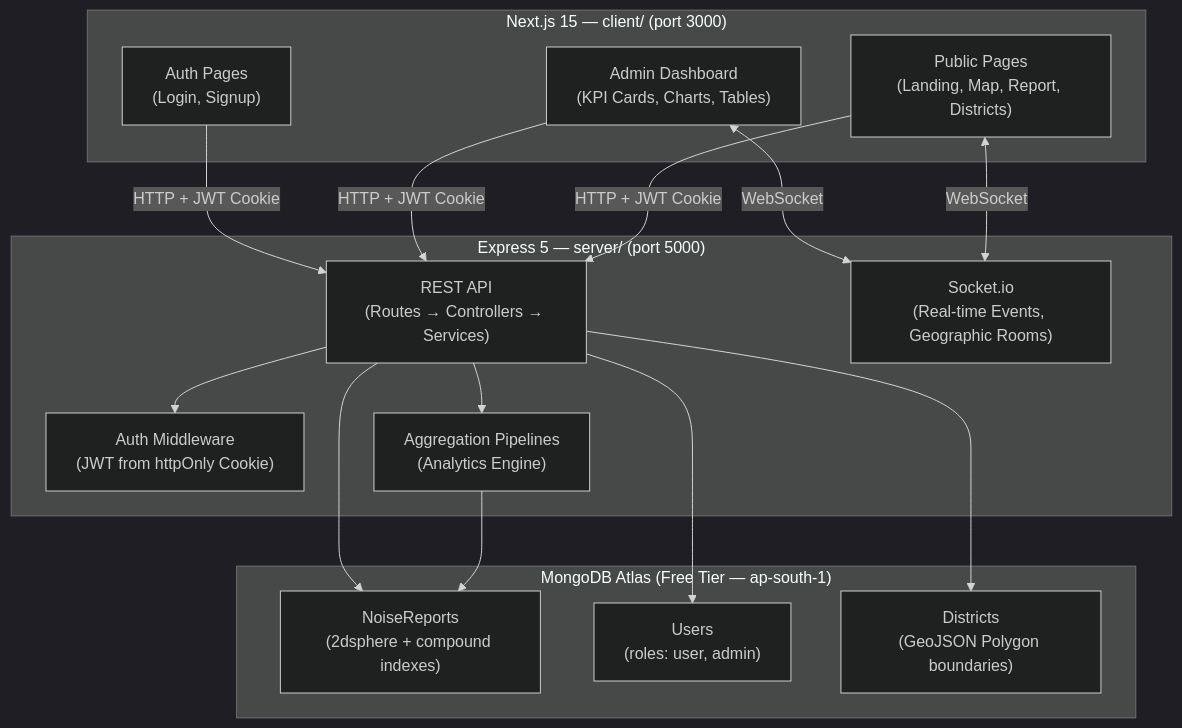
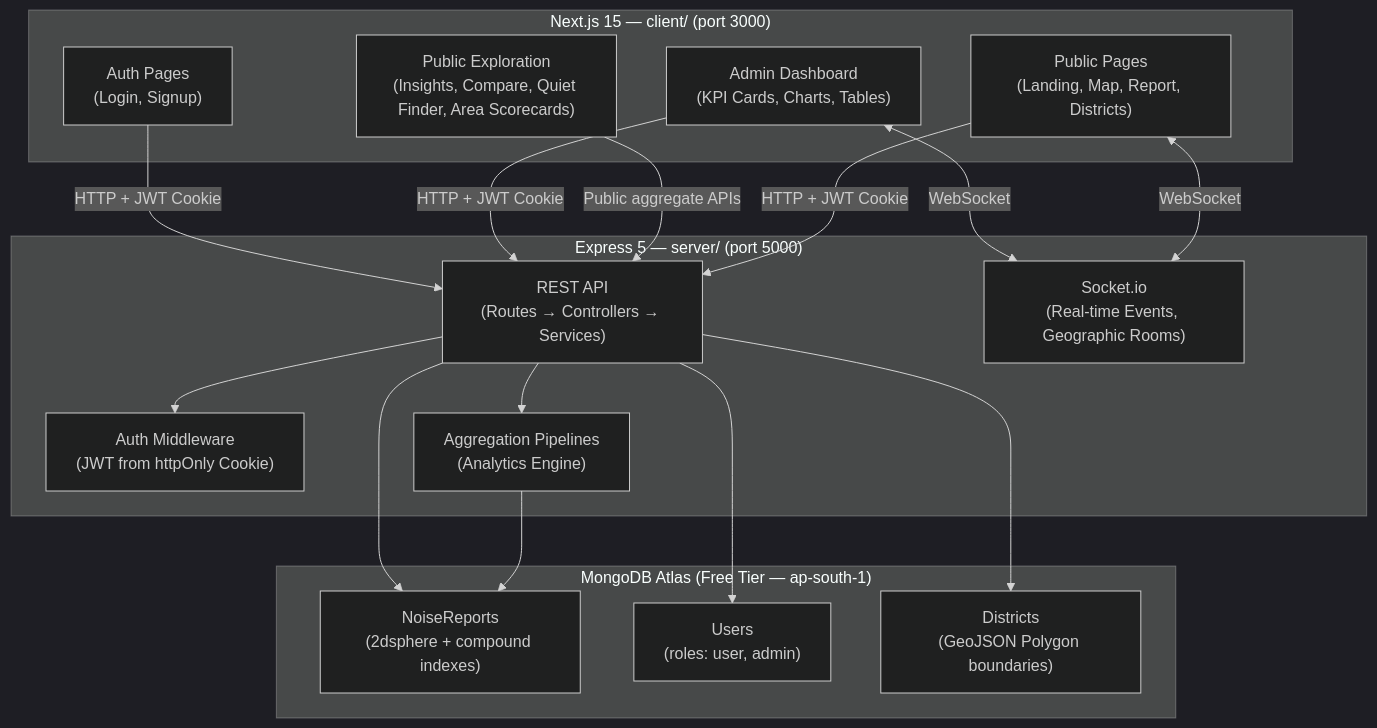
The diagram in docs/plans/implementation_plan.md (Haseeb-Akram928/shor-lahore), drawn with Mermaid (dark theme) before and after one commit. The commit also changed other lines of this file and 26 other files, not shown here.

Commit message:
Add public exploration features

````diff
--- a/docs/plans/implementation_plan.md
+++ b/docs/plans/implementation_plan.md
@@ -117,33 +117,35 @@
 ```mermaid
 graph TB
     subgraph Client["Next.js 15 — client/ (port 3000)"]
         A["Public Pages<br/>(Landing, Map, Report, Districts)"]
+        P["Public Exploration<br/>(Insights, Compare, Quiet Finder, Area Scorecards)"]
         B["Admin Dashboard<br/>(KPI Cards, Charts, Tables)"]
         C["Auth Pages<br/>(Login, Signup)"]
     end
 
     subgraph Server["Express 5 — server/ (port 5000)"]
         D["REST API<br/>(Routes → Controllers → Services)"]
         E["Socket.io<br/>(Real-time Events, Geographic Rooms)"]
         F["Auth Middleware<br/>(JWT from httpOnly Cookie)"]
         G["Aggregation Pipelines<br/>(Analytics Engine)"]
     end
 
     subgraph Database["MongoDB Atlas (Free Tier — ap-south-1)"]
         H["NoiseReports<br/>(2dsphere + compound indexes)"]
         I["Users<br/>(roles: user, admin)"]
         J["Districts<br/>(GeoJSON Polygon boundaries)"]
     end
 
     A -->|"HTTP + JWT Cookie"| D
+    P -->|"Public aggregate APIs"| D
     B -->|"HTTP + JWT Cookie"| D
     C -->|"HTTP + JWT Cookie"| D
     A <-->|"WebSocket"| E
     B <-->|"WebSocket"| E
     D --> F
     D --> G
     G --> H
     D --> H
     D --> I
     D --> J
 ```
````
